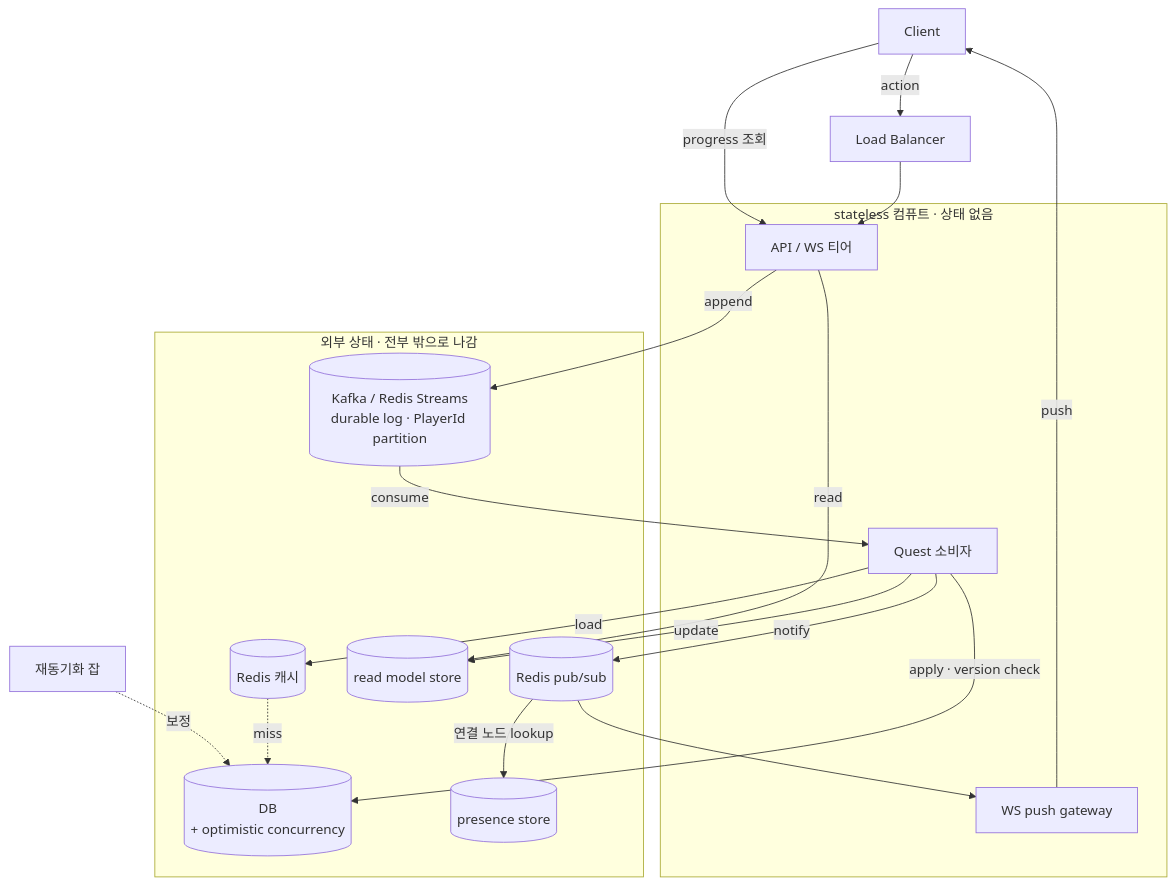
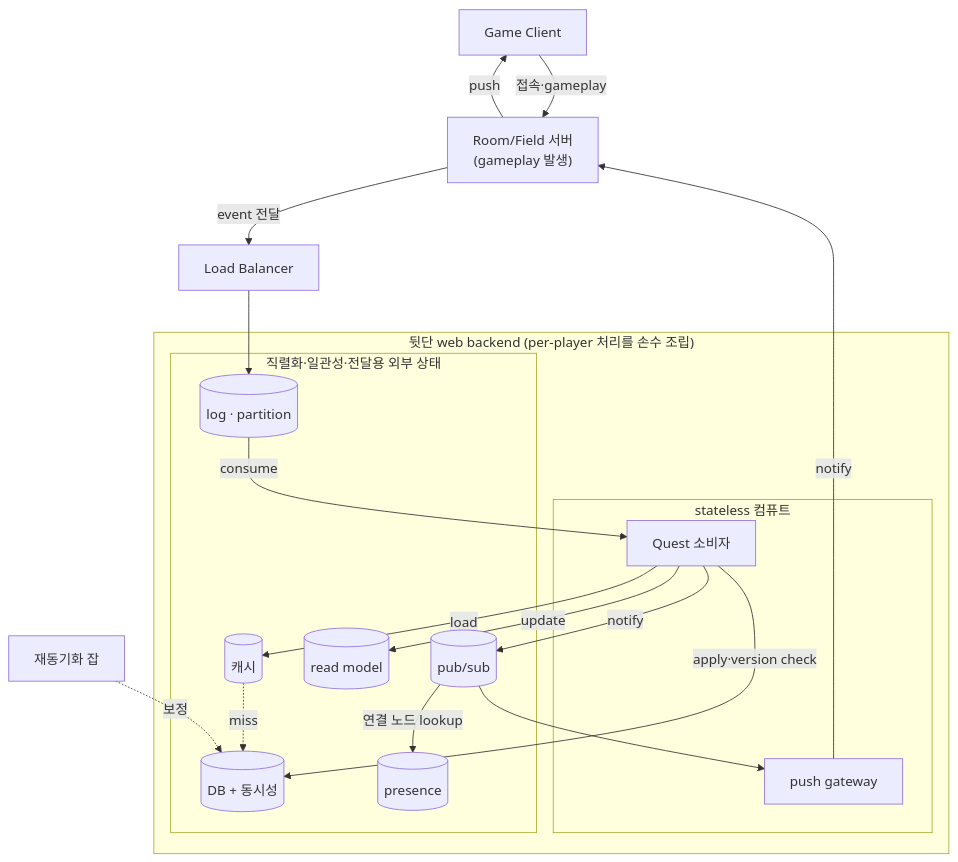
The first of 5 diagrams in framework/doc/framework/common/sample/event/gamequest.ko.md (kairos-code-dev/zlink), drawn with Mermaid before and after one commit. The commit also changed other lines of this file and 753 other files, not shown here.

````diff
--- a/framework/doc/framework/common/sample/event/gamequest.ko.md
+++ b/framework/doc/framework/common/sample/event/gamequest.ko.md
@@ -60,35 +67,35 @@
 ```mermaid
 graph TD
-    C[Client]
+    C[Game Client]
+    RF["Room/Field 서버<br/>(gameplay 발생)"]
     LB[Load Balancer]
     JOB[재동기화 잡]
 
-    subgraph CP["stateless 컴퓨트 · 상태 없음"]
-        API["API / WS 티어"]
-        QC["Quest 소비자"]
-        PUSH["WS push gateway"]
+    subgraph BE["뒷단 web backend (per-player 처리를 손수 조립)"]
+        subgraph CP["stateless 컴퓨트"]
+            QC["Quest 소비자"]
+            PUSH["push gateway"]
+        end
+        subgraph ST["직렬화·일관성·전달용 외부 상태"]
+            LOG[("log · partition")]
+            DB[("DB + 동시성")]
+            CACHE[("캐시")]
+            RM[("read model")]
+            PS[("pub/sub")]
+            PRES[("presence")]
+        end
     end
 
-    subgraph ST["외부 상태 · 전부 밖으로 나감"]
-        LOG[("Kafka / Redis Streams<br/>durable log · PlayerId partition")]
-        DB[("DB<br/>+ optimistic concurrency")]
-        CACHE[("Redis 캐시")]
-        RM[("read model store")]
-        PS[("Redis pub/sub")]
-        PRES[("presence store")]
-    end
-
-    C -->|action| LB --> API
-    API -->|append| LOG
+    C -->|접속·gameplay| RF
+    RF -->|event 전달| LB --> LOG
     LOG -->|consume| QC
     QC -->|load| CACHE
     CACHE -.miss.-> DB
-    QC -->|apply · version check| DB
+    QC -->|apply·version check| DB
     QC -->|update| RM
     QC -->|notify| PS
     PS -->|연결 노드 lookup| PRES
-    PS --> PUSH -->|push| C
-    C -->|progress 조회| API
-    API -->|read| RM
+    PS --> PUSH -->|notify| RF
+    RF -->|push| C
     JOB -.보정.-> DB
 ```
````
